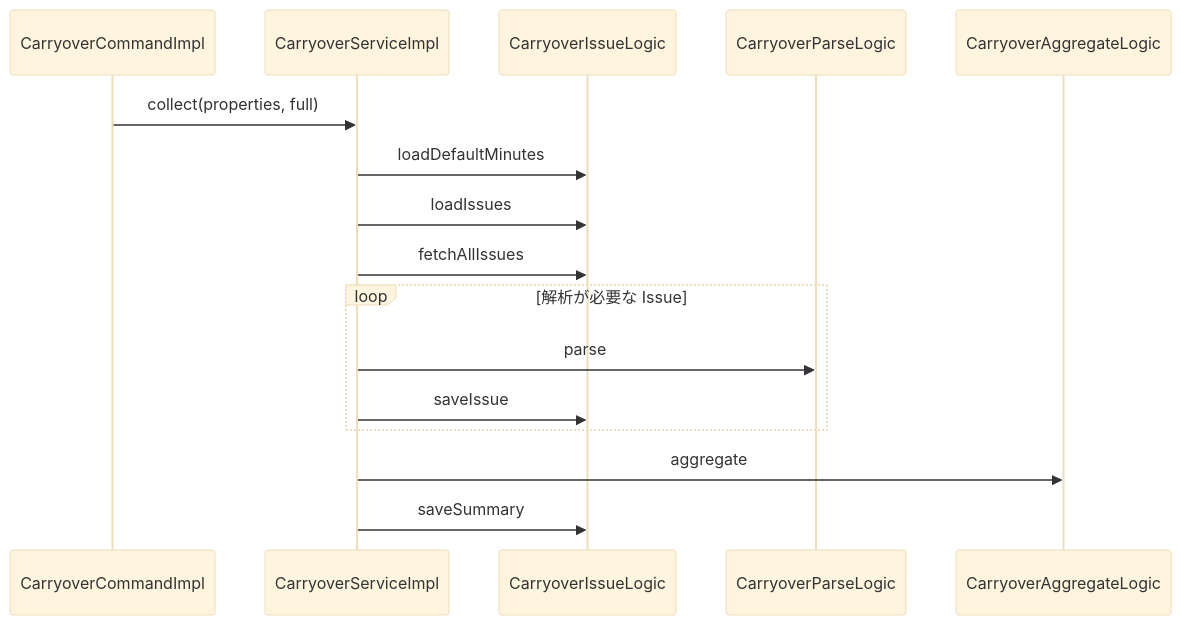
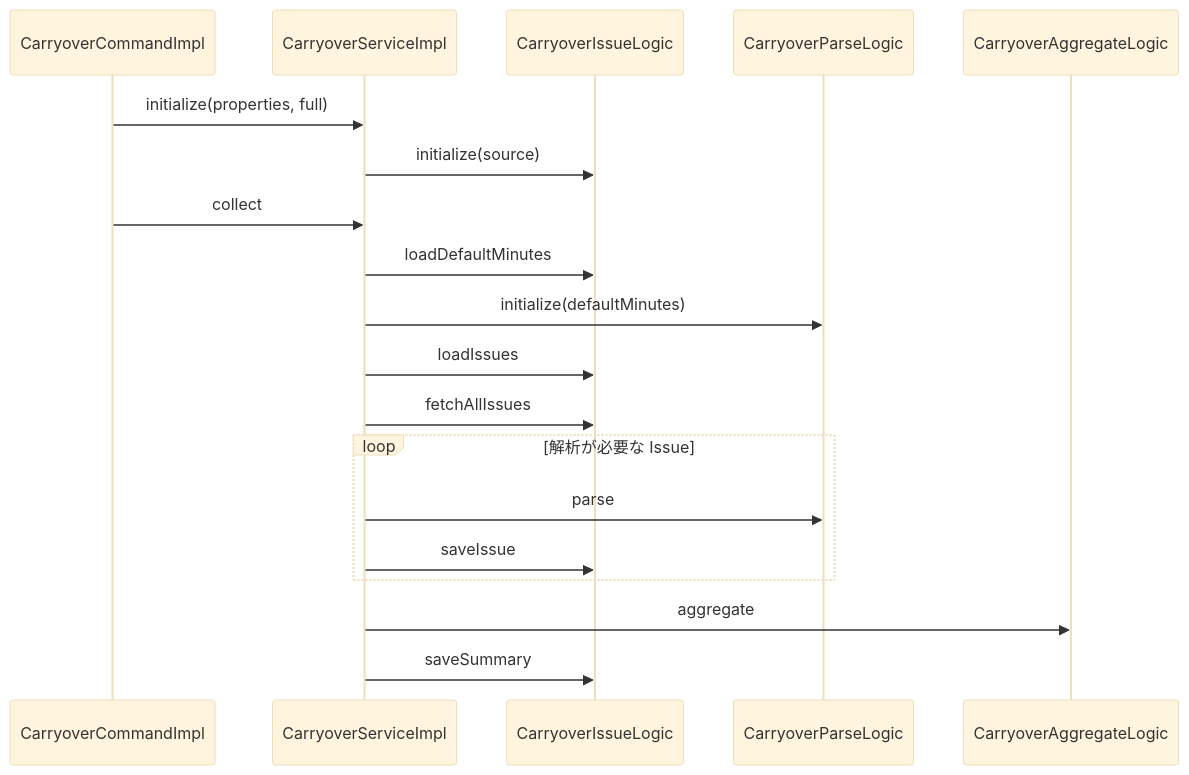
One commit to KenichiroArai/kb002_daily-tasks_doc changed the diagram in docs/design/backend/03-processing.md. Above: the diagram before and after it, drawn with Mermaid (base theme). The commit also changed other lines of this file and 3 other files, not shown here.

````diff
--- a/docs/design/backend/03-processing.md
+++ b/docs/design/backend/03-processing.md
@@ -21,19 +21,22 @@
 ```mermaid
 sequenceDiagram
   participant Command as CarryoverCommandImpl
   participant Service as CarryoverServiceImpl
   participant Issue as CarryoverIssueLogic
   participant Parse as CarryoverParseLogic
   participant Aggregate as CarryoverAggregateLogic
 
-  Command->>Service: collect(properties, full)
+  Command->>Service: initialize(properties, full)
+  Service->>Issue: initialize(source)
+  Command->>Service: collect
   Service->>Issue: loadDefaultMinutes
+  Service->>Parse: initialize(defaultMinutes)
   Service->>Issue: loadIssues
   Service->>Issue: fetchAllIssues
   loop 解析が必要な Issue
     Service->>Parse: parse
     Service->>Issue: saveIssue
   end
   Service->>Aggregate: aggregate
   Service->>Issue: saveSummary
 ```
````
